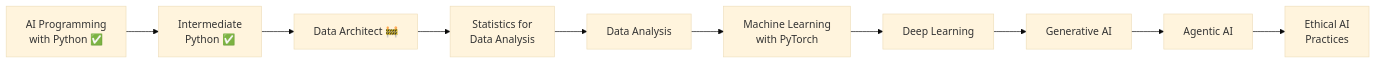
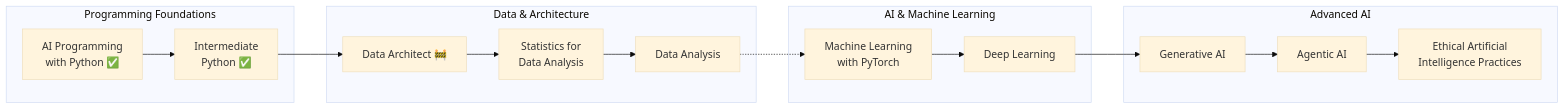
The diagram in README.md (SwimLane2/udacity-ai-masters), drawn with Mermaid (base theme) before and after one commit.

````diff
--- a/README.md
+++ b/README.md
@@ -40,30 +40,49 @@
 ```mermaid
 flowchart LR
 
-    A["AI Programming
+    subgraph "Programming Foundations"
+        A["AI Programming
 with Python ✅"]
 
-    B["Intermediate
+        B["Intermediate
 Python ✅"]
+    end
 
-    C["Data Architect 🚧"]
+    subgraph "Data & Architecture"
+        C["Data Architect 🚧"]
 
-    D["Statistics for
+        D["Statistics for
 Data Analysis"]
 
-    E["Data Analysis"]
+        E["Data Analysis"]
+    end
 
-    F["Machine Learning
+    A --> B
+    B --> C
+    C --> D
+    D --> E
+
+    %% Second Row
+
+    subgraph "AI & Machine Learning"
+        F["Machine Learning
 with PyTorch"]
 
-    G["Deep Learning"]
+        G["Deep Learning"]
+    end
 
-    H["Generative AI"]
+    subgraph "Advanced AI"
+        H["Generative AI"]
 
-    I["Agentic AI"]
+        I["Agentic AI"]
 
-    J["Ethical AI
-Practices"]
+        J["Ethical Artificial
+Intelligence Practices"]
+    end
 
-    A --> B --> C --> D --> E --> F --> G --> H --> I --> J
+    E -.-> F
+    F --> G
+    G --> H
+    H --> I
+    I --> J
 ```
````
